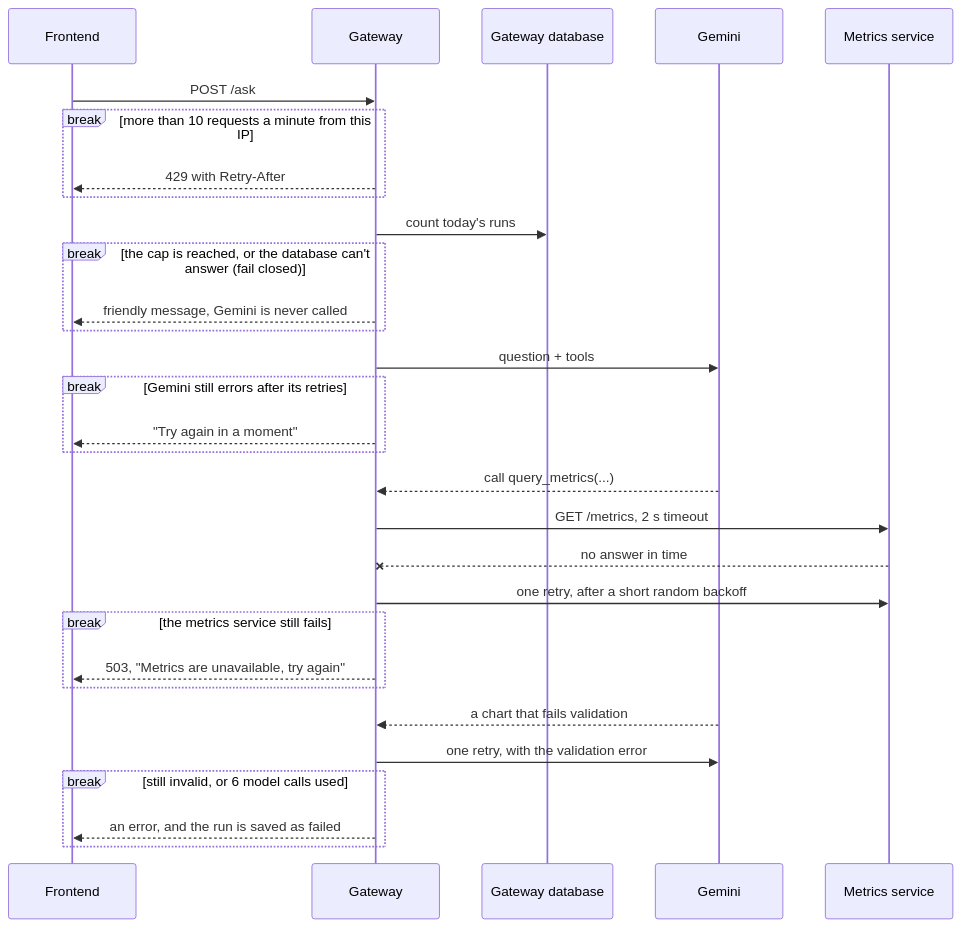
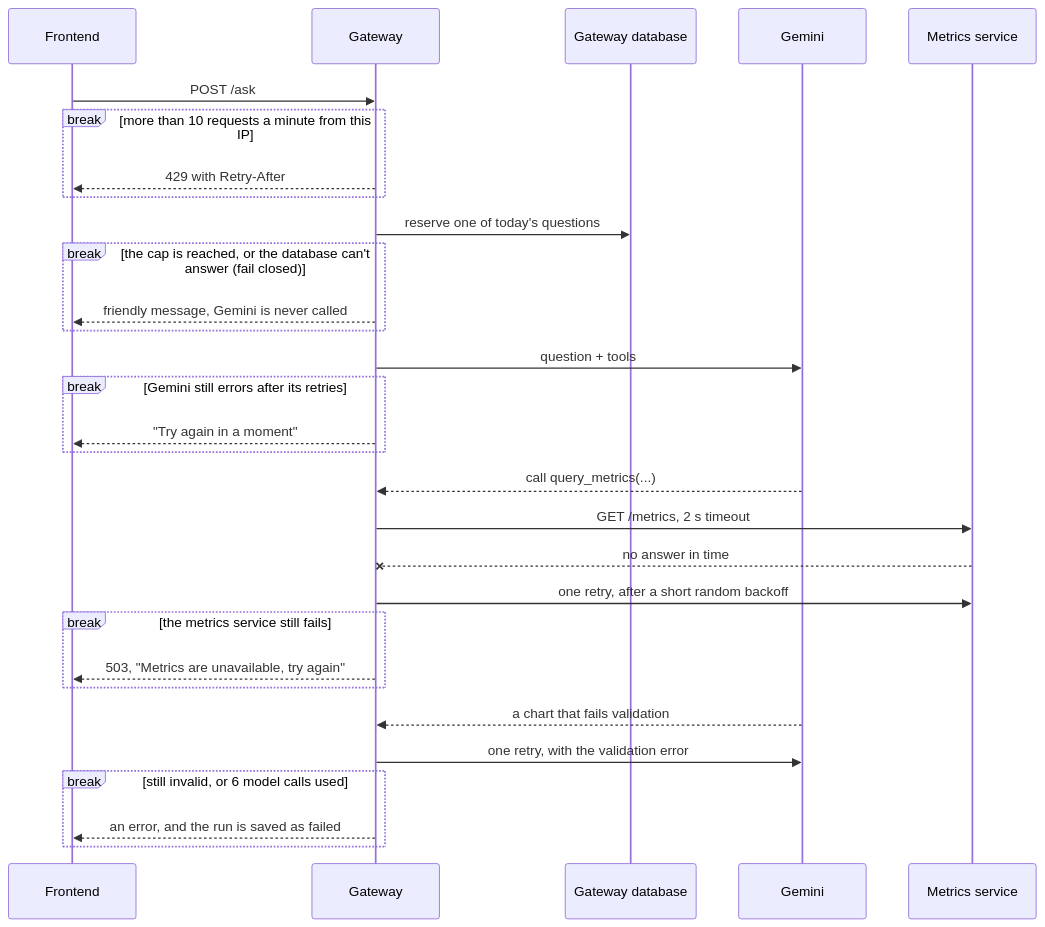
The fourth of 5 diagrams in docs/design.md (vovadyach/dashgen), drawn with Mermaid before and after one commit. The commit also changed other lines of this file and 4 other files, not shown here.

Commit message:
docs: reserve the daily cap atomically and build chart data in code; add make fmt

````diff
--- a/docs/design.md
+++ b/docs/design.md
@@ -202,33 +205,33 @@
 ```mermaid
 sequenceDiagram
     participant F as Frontend
     participant G as Gateway
     participant DB as Gateway database
     participant LLM as Gemini
     participant M as Metrics service
 
     F->>G: POST /ask
     break more than 10 requests a minute from this IP
         G-->>F: 429 with Retry-After
     end
-    G->>DB: count today's runs
+    G->>DB: reserve one of today's questions
     break the cap is reached, or the database can't answer (fail closed)
         G-->>F: friendly message, Gemini is never called
     end
     G->>LLM: question + tools
     break Gemini still errors after its retries
         G-->>F: "Try again in a moment"
     end
     LLM-->>G: call query_metrics(...)
     G->>M: GET /metrics, 2 s timeout
     M--xG: no answer in time
     G->>M: one retry, after a short random backoff
     break the metrics service still fails
         G-->>F: 503, "Metrics are unavailable, try again"
     end
     LLM-->>G: a chart that fails validation
     G->>LLM: one retry, with the validation error
     break still invalid, or 6 model calls used
         G-->>F: an error, and the run is saved as failed
     end
 ```
````
